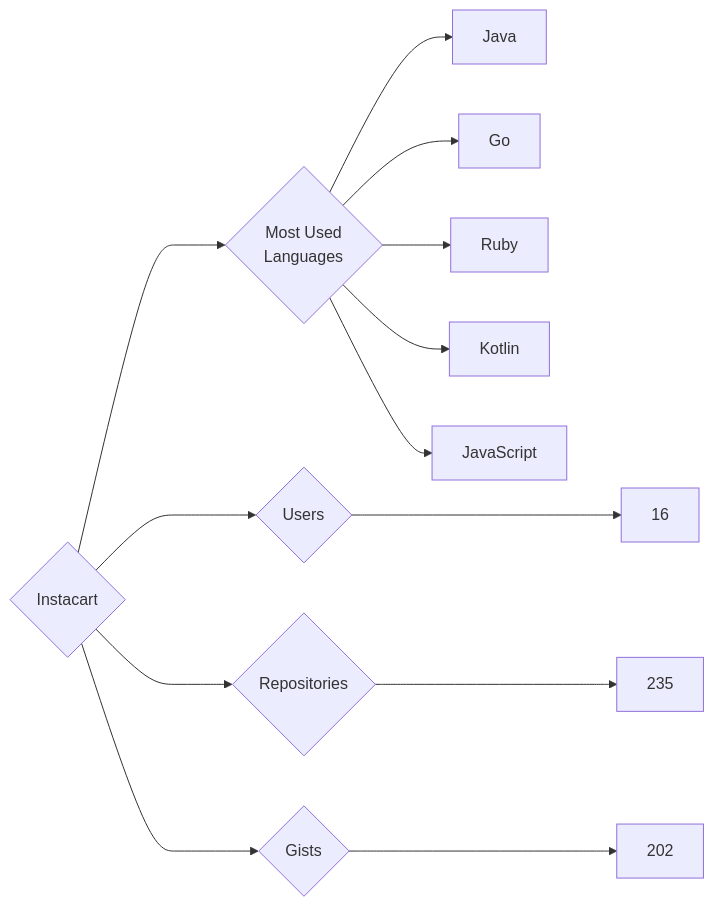
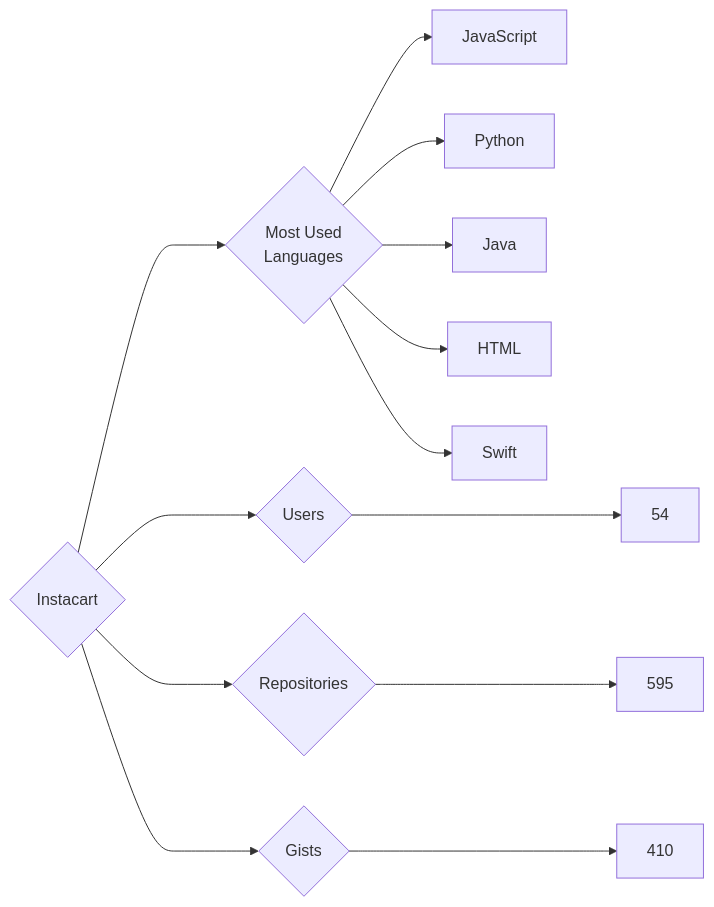
One commit to trickest/insiders changed the diagram in targets/Instacart/README.md. Above: the diagram before and after it, drawn with Mermaid. The commit also changed 916 other files, not shown here.

````diff
--- a/targets/Instacart/README.md
+++ b/targets/Instacart/README.md
@@ -3,13 +3,13 @@
 ```mermaid
 graph LR
 COMPANY_NAME{Instacart}
-COMPANY_NAME ---> U{Users} ---> UN[16]
-COMPANY_NAME ---> R{Repositories} ---> RN[235]
-COMPANY_NAME ---> G{Gists} ---> GN[202]
+COMPANY_NAME ---> U{Users} ---> UN[54]
+COMPANY_NAME ---> R{Repositories} ---> RN[595]
+COMPANY_NAME ---> G{Gists} ---> GN[410]
 COMPANY_NAME ---> ML{Most Used<br>Languages}
+ML --> JavaScript[JavaScript]
+ML --> Python[Python]
 ML --> Java[Java]
-ML --> Go[Go]
-ML --> Ruby[Ruby]
-ML --> Kotlin[Kotlin]
-ML --> JavaScript[JavaScript]
+ML --> HTML[HTML]
+ML --> Swift[Swift]
 ```
````
